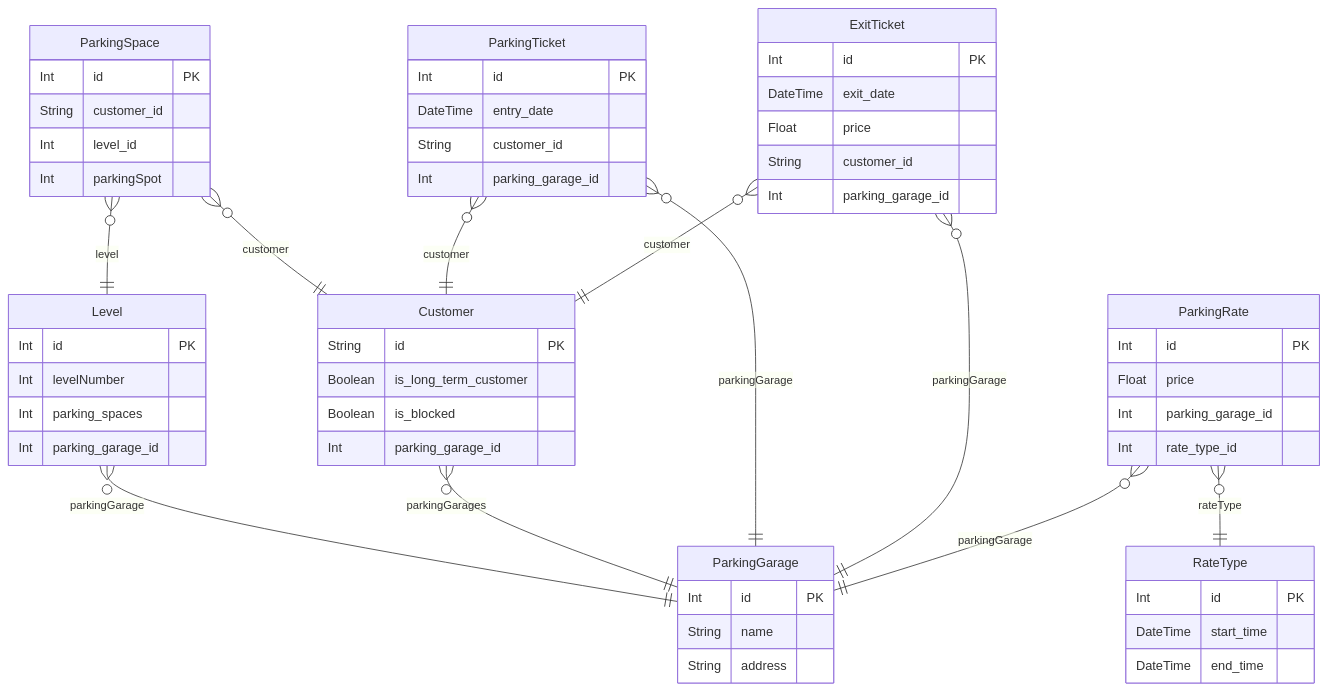
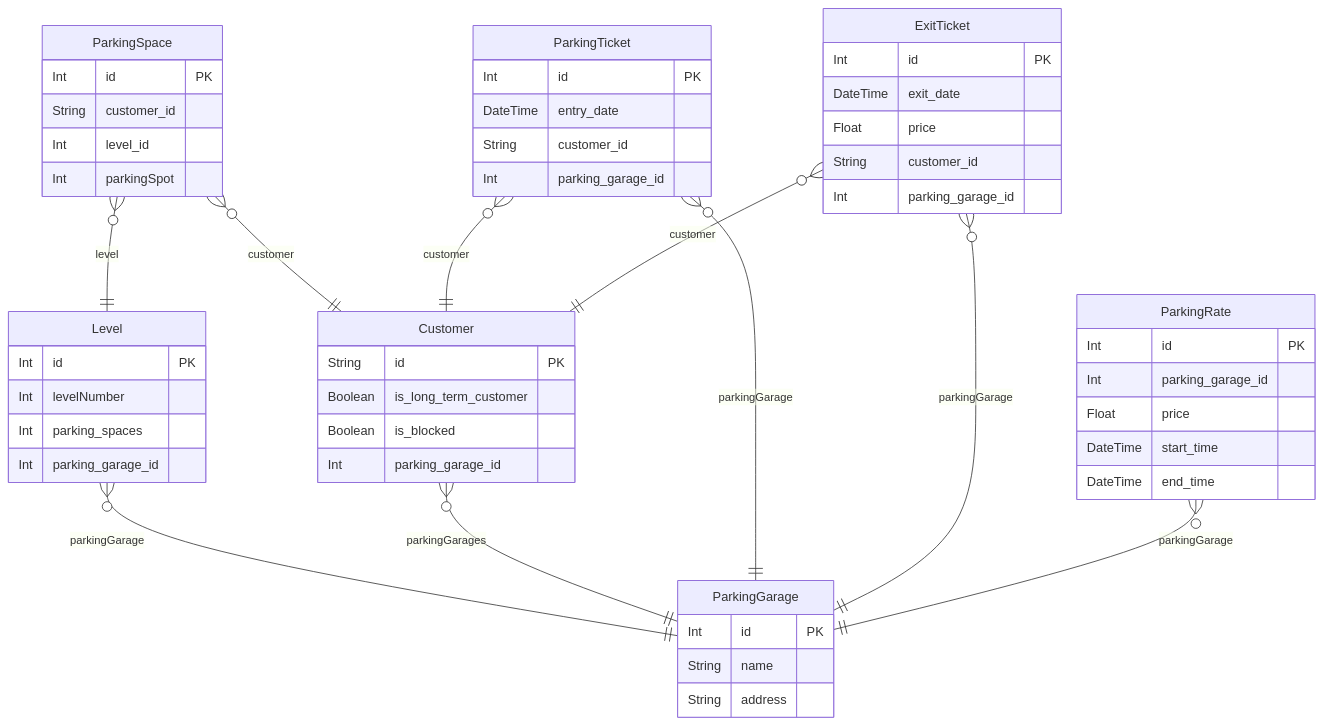
Before and after one commit to DaAlbrecht/parking-garage: the diagram in documentation/erd.md, drawn with Mermaid. The commit also changed 8 other files, not shown here.

````diff
--- a/documentation/erd.md
+++ b/documentation/erd.md
@@ -1,76 +1,69 @@
 ```mermaid
 erDiagram
 
   ParkingGarage {
     Int id PK 
     String name  
     String address  
     }
   
 
   Level {
     Int id PK 
     Int levelNumber  
     Int parking_spaces  
     Int parking_garage_id  
     }
   
 
   ParkingSpace {
     Int id PK 
     String customer_id  
     Int level_id  
     Int parkingSpot  
     }
   
 
   Customer {
     String id PK 
     Boolean is_long_term_customer  
     Boolean is_blocked  
     Int parking_garage_id  
     }
   
 
   ParkingTicket {
     Int id PK 
     DateTime entry_date  
     String customer_id  
     Int parking_garage_id  
     }
   
 
   ExitTicket {
     Int id PK 
     DateTime exit_date  
     Float price  
     String customer_id  
     Int parking_garage_id  
     }
   
 
   ParkingRate {
     Int id PK 
+    Int parking_garage_id  
     Float price  
-    Int parking_garage_id  
-    Int rate_type_id  
-    }
-  
-
-  RateType {
-    Int id PK 
     DateTime start_time  
     DateTime end_time  
     }
   
     Level o{--|| ParkingGarage : "parkingGarage"
     ParkingSpace o{--|| Customer : "customer"
     ParkingSpace o{--|| Level : "level"
     Customer o{--|| ParkingGarage : "parkingGarages"
     ParkingTicket o{--|| Customer : "customer"
     ParkingTicket o{--|| ParkingGarage : "parkingGarage"
     ExitTicket o{--|| Customer : "customer"
     ExitTicket o{--|| ParkingGarage : "parkingGarage"
     ParkingRate o{--|| ParkingGarage : "parkingGarage"
-    ParkingRate o{--|| RateType : "rateType"
 ```
````
